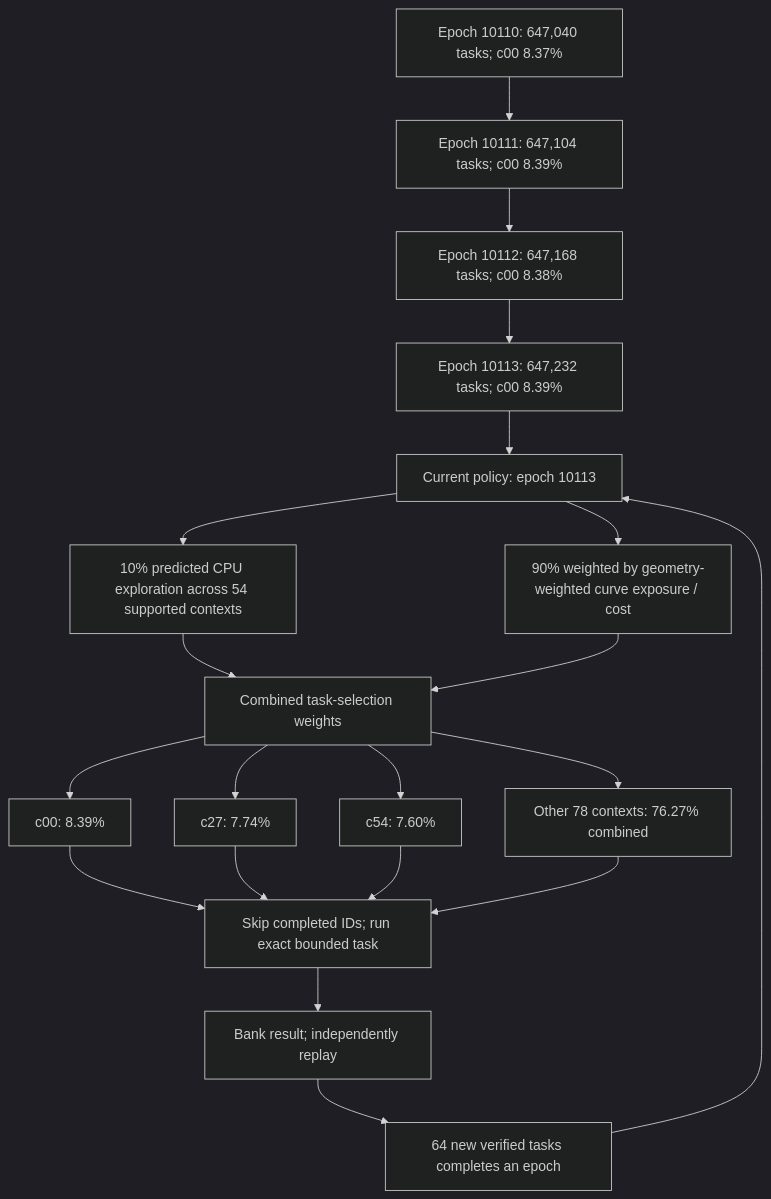
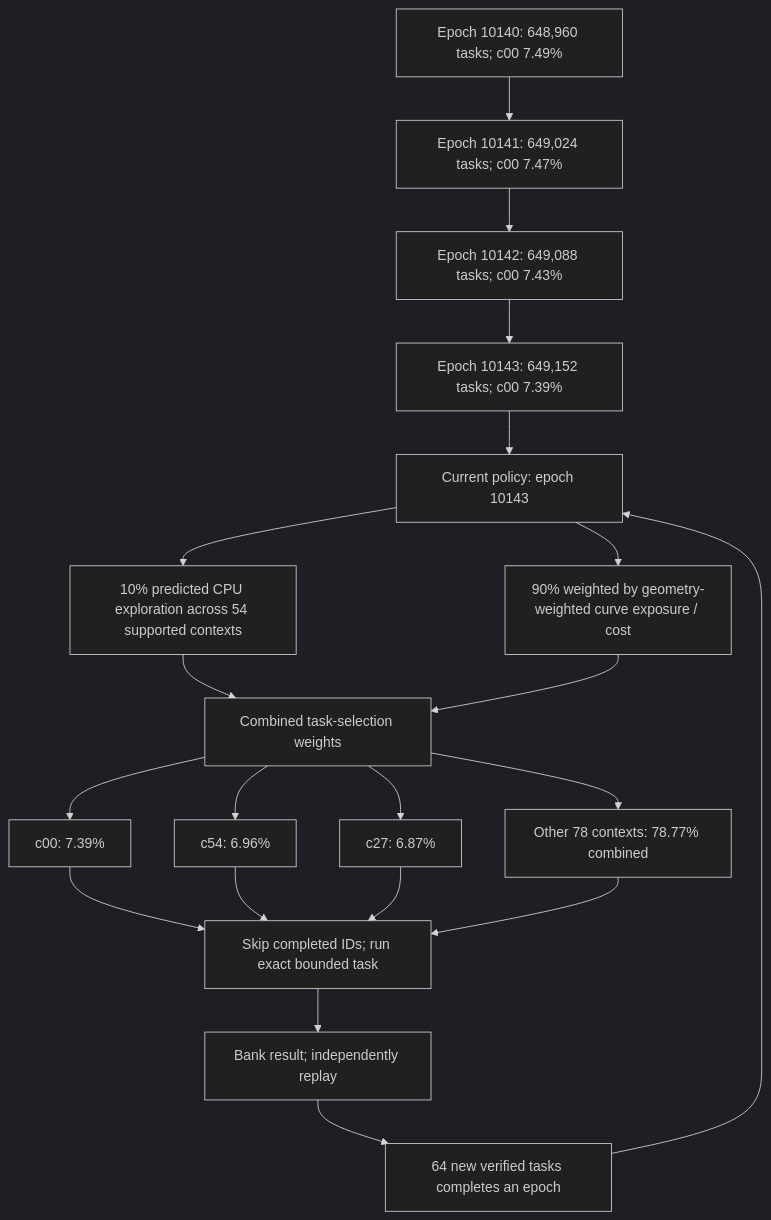
The first of 4 diagrams in README.md (Kuberwastaken/math-gambling), drawn with Mermaid (dark theme) before and after one commit. The commit also changed other lines of this file and 4006 other files, not shown here.

````diff
--- a/README.md
+++ b/README.md
@@ -60,27 +60,27 @@
 ```mermaid
 flowchart TD
-    H0["Epoch 10110: 647,040 tasks; c00 8.37%"]
-    H1["Epoch 10111: 647,104 tasks; c00 8.39%"]
+    H0["Epoch 10140: 648,960 tasks; c00 7.49%"]
+    H1["Epoch 10141: 649,024 tasks; c00 7.47%"]
     H0 --> H1
-    H2["Epoch 10112: 647,168 tasks; c00 8.38%"]
+    H2["Epoch 10142: 649,088 tasks; c00 7.43%"]
     H1 --> H2
-    H3["Epoch 10113: 647,232 tasks; c00 8.39%"]
+    H3["Epoch 10143: 649,152 tasks; c00 7.39%"]
     H2 --> H3
-    Policy["Current policy: epoch 10113"]
+    Policy["Current policy: epoch 10143"]
     H3 --> Policy
     Policy --> Explore["10% predicted CPU exploration across 54 supported contexts"]
     Policy --> Cost["90% weighted by geometry-weighted curve exposure / cost"]
     Explore --> Mix["Combined task-selection weights"]
     Cost --> Mix
-    Mix --> C0["c00: 8.39%"]
-    Mix --> C1["c27: 7.74%"]
-    Mix --> C2["c54: 7.60%"]
-    Mix --> Rest["Other 78 contexts: 76.27% combined"]
+    Mix --> C0["c00: 7.39%"]
+    Mix --> C1["c54: 6.96%"]
+    Mix --> C2["c27: 6.87%"]
+    Mix --> Rest["Other 78 contexts: 78.77% combined"]
     C0 --> Check["Skip completed IDs; run exact bounded task"]
     C1 --> Check
     C2 --> Check
     Rest --> Check
     Check --> Replay["Bank result; independently replay"]
     Replay --> Gate["64 new verified tasks completes an epoch"]
     Gate --> Policy
 ```
````
